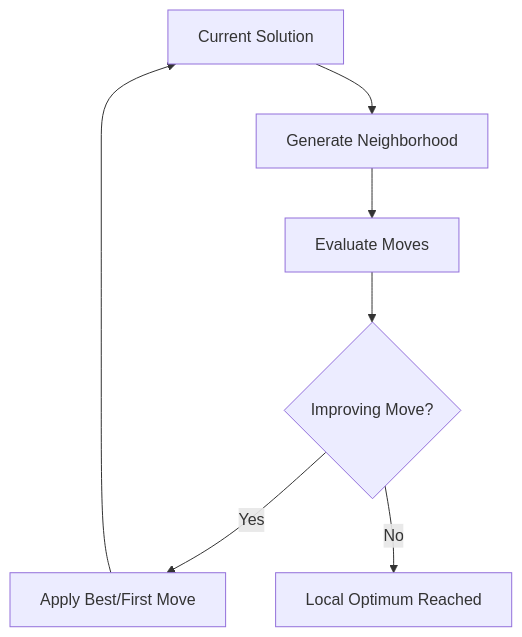
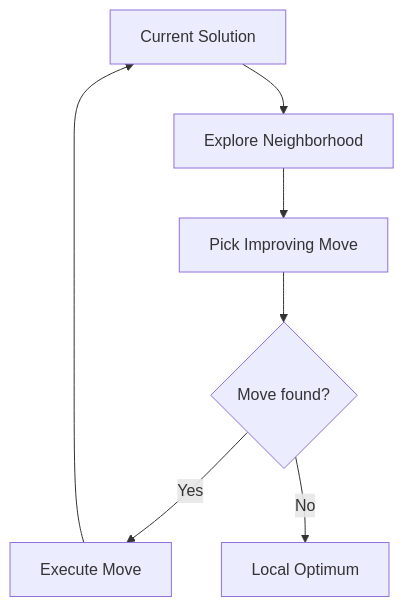
Before and after one commit to mork-optimization/mork: the diagram in docs/concepts/algorithm-components/improvers/local-search.md, drawn with Mermaid. The commit also changed other lines of this file and 6 other files, not shown here.

````diff
--- a/docs/concepts/algorithm-components/improvers/local-search.md
+++ b/docs/concepts/algorithm-components/improvers/local-search.md
@@ -9,9 +20,9 @@
 ```mermaid
 graph TD
-    A[Current Solution] --> B[Generate Neighborhood]
-    B --> C[Evaluate Moves]
-    C --> D{Improving Move?}
-    D -->|Yes| E[Apply Best/First Move]
+    A[Current Solution] --> B[Explore Neighborhood]
+    B --> C[Pick Improving Move]
+    C --> D{Move found?}
+    D -->|Yes| E[Execute Move]
     E --> A
-    D -->|No| F[Local Optimum Reached]
+    D -->|No| F[Local Optimum]
 ```
````
